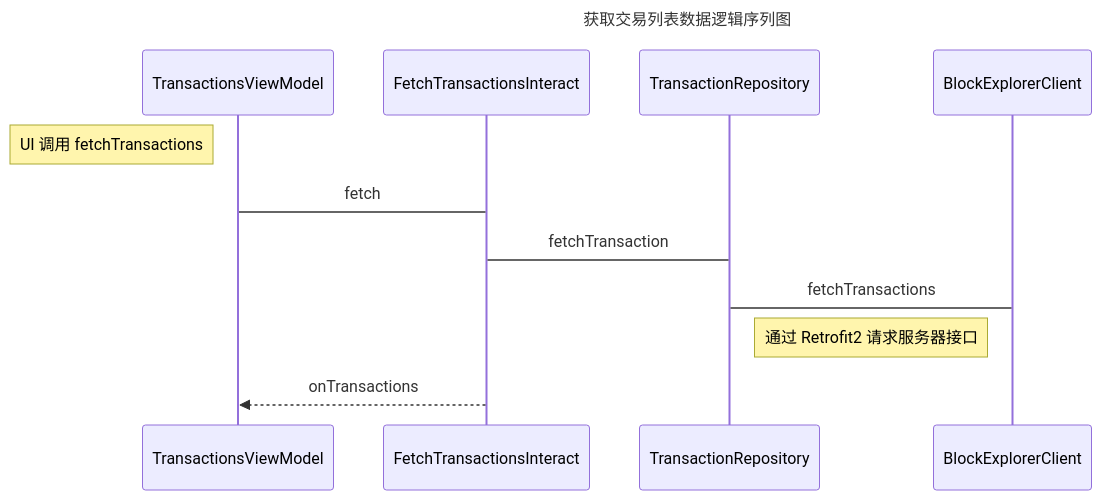
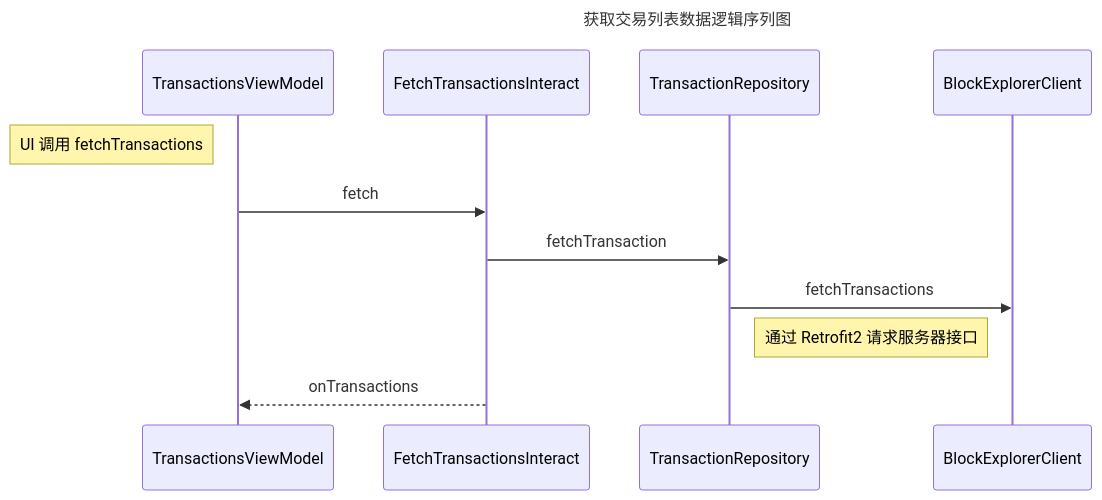
Before and after one commit to lbc-team/learnblockchain: the second of 2 diagrams in source/_posts/2019/eth-wallet-dev-6.md, drawn with Mermaid. The commit also changed 3 other files, not shown here.

```diff
--- a/source/_posts/2019/eth-wallet-dev-6.md
+++ b/source/_posts/2019/eth-wallet-dev-6.md
@@ -217,10 +217,10 @@
 {% mermaid sequenceDiagram %}
 
 Title: 获取交易列表数据逻辑序列图
 Note left of TransactionsViewModel: UI 调用 fetchTransactions
-TransactionsViewModel->FetchTransactionsInteract: fetch
-FetchTransactionsInteract->TransactionRepository: fetchTransaction
-TransactionRepository->BlockExplorerClient: fetchTransactions
+TransactionsViewModel->>FetchTransactionsInteract: fetch
+FetchTransactionsInteract->>TransactionRepository: fetchTransaction
+TransactionRepository->>BlockExplorerClient: fetchTransactions
 Note left of BlockExplorerClient: 通过 Retrofit2 请求服务器接口
 FetchTransactionsInteract-->>TransactionsViewModel: onTransactions
 {% endmermaid %}
```
